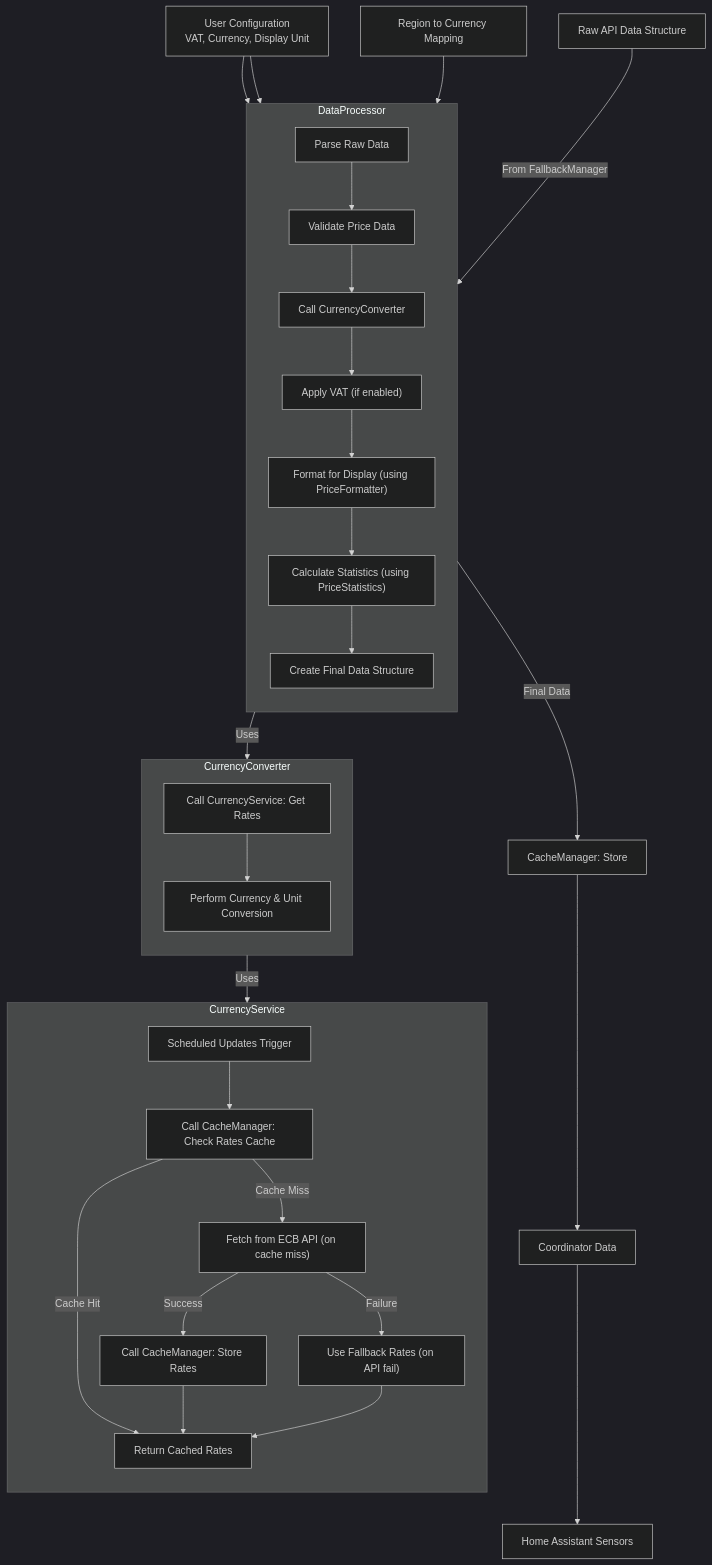
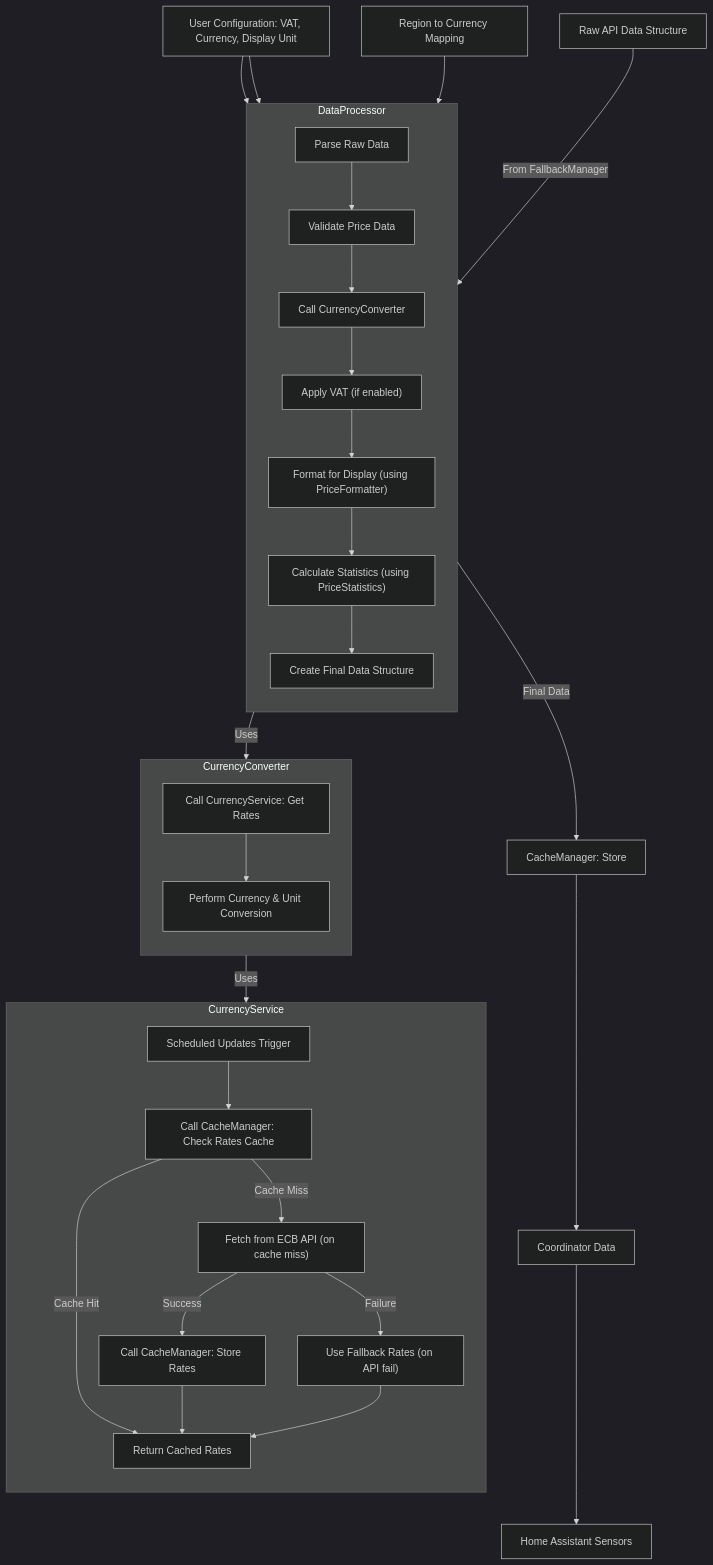
Before and after one commit to enoch85/ge-spot: the third of 6 diagrams in README.md, drawn with Mermaid (dark theme). The commit also changed other lines of this file, not shown here.

Commit message:
mermaid issues

````diff
--- a/README.md
+++ b/README.md
@@ -260,57 +260,57 @@
 ```mermaid
 flowchart TD
     RawData[Raw API Data Structure] -->|From FallbackManager| Processor[DataProcessor]
 
     subgraph Processor ["DataProcessor"]
         direction TB
         Parse[Parse Raw Data]
         Validate[Validate Price Data]
         Convert[Call CurrencyConverter]
         ApplyVAT["Apply VAT (if enabled)"]
         Format["Format for Display (using PriceFormatter)"]
         CalcStats["Calculate Statistics (using PriceStatistics)"]
         CreateOutput["Create Final Data Structure"]
 
         Parse --> Validate
         Validate --> Convert
         Convert --> ApplyVAT
         ApplyVAT --> Format
         Format --> CalcStats
         CalcStats --> CreateOutput
     end
 
     Processor -- Final Data --> CacheMgrStore[CacheManager: Store]
     CacheMgrStore --> CoordData[Coordinator Data]
     CoordData --> Sensors[Home Assistant Sensors]
 
     subgraph CurrencyConverter ["CurrencyConverter"]
         direction TB
         GetRates[Call CurrencyService: Get Rates]
         DoConvert[Perform Currency & Unit Conversion]
         GetRates --> DoConvert
     end
 
     subgraph CurrencyService ["CurrencyService"]
         direction TB
         CheckCache[Call CacheManager: Check Rates Cache]
         FetchECB["Fetch from ECB API (on cache miss)"]
         StoreCache[Call CacheManager: Store Rates]
         UseFallback["Use Fallback Rates (on API fail)"]
         Scheduler[Scheduled Updates Trigger]
 
         Scheduler --> CheckCache
         CheckCache -- Cache Miss --> FetchECB
         CheckCache -- Cache Hit --> ReturnRates[Return Cached Rates]
         FetchECB -- Success --> StoreCache
         FetchECB -- Failure --> UseFallback
         StoreCache --> ReturnRates
         UseFallback --> ReturnRates
     end
 
     Convert -- Uses --> CurrencyConverter
     GetRates -- Uses --> CurrencyService
 
-    Config[User Configuration\nVAT, Currency, Display Unit] --> ApplyVAT
+    Config["User Configuration: VAT, Currency, Display Unit"] --> ApplyVAT
     Config --> Format
     RegionMap[Region to Currency Mapping] --> Convert
 ```
````
